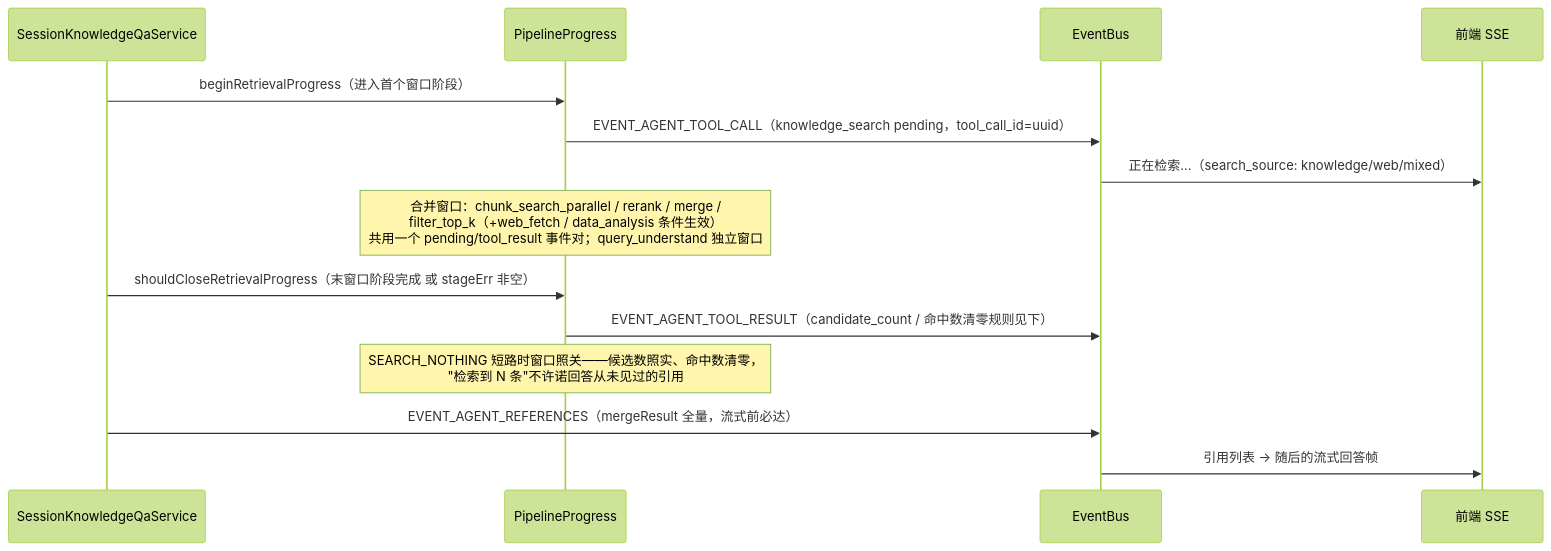
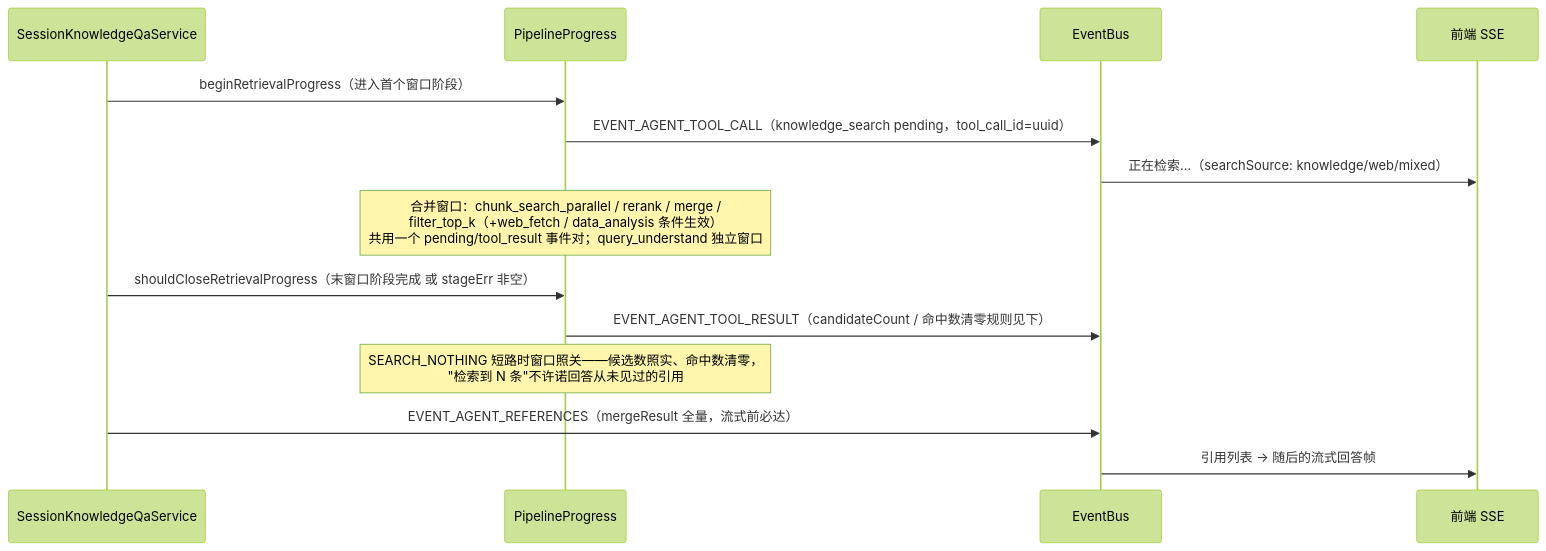
The fifth of 5 diagrams in docs/chatpipeline-module-guide.md (pmbilly/ragagent), drawn with Mermaid (forest theme) before and after one commit. The commit also changed 10 other files, not shown here.

````diff
--- a/docs/chatpipeline-module-guide.md
+++ b/docs/chatpipeline-module-guide.md
@@ -276,19 +276,19 @@
 ```mermaid
 sequenceDiagram
     participant S as SessionKnowledgeQaService
     participant PR as PipelineProgress
     participant EB as EventBus
     participant FE as 前端 SSE
 
     S->>PR: beginRetrievalProgress（进入首个窗口阶段）
     PR->>EB: EVENT_AGENT_TOOL_CALL（knowledge_search pending，tool_call_id=uuid）
-    EB->>FE: 正在检索…（search_source: knowledge/web/mixed）
+    EB->>FE: 正在检索…（searchSource: knowledge/web/mixed）
 
     Note over PR: 合并窗口：chunk_search_parallel / rerank / merge /<br/>filter_top_k（+web_fetch / data_analysis 条件生效）<br/>共用一个 pending/tool_result 事件对；query_understand 独立窗口
 
     S->>PR: shouldCloseRetrievalProgress（末窗口阶段完成 或 stageErr 非空）
-    PR->>EB: EVENT_AGENT_TOOL_RESULT（candidate_count / 命中数清零规则见下）
+    PR->>EB: EVENT_AGENT_TOOL_RESULT（candidateCount / 命中数清零规则见下）
     Note over PR: SEARCH_NOTHING 短路时窗口照关——候选数照实、命中数清零，<br/>"检索到 N 条"不许诺回答从未见过的引用
     S->>EB: EVENT_AGENT_REFERENCES（mergeResult 全量，流式前必达）
     EB->>FE: 引用列表 → 随后的流式回答帧
 ```
````
